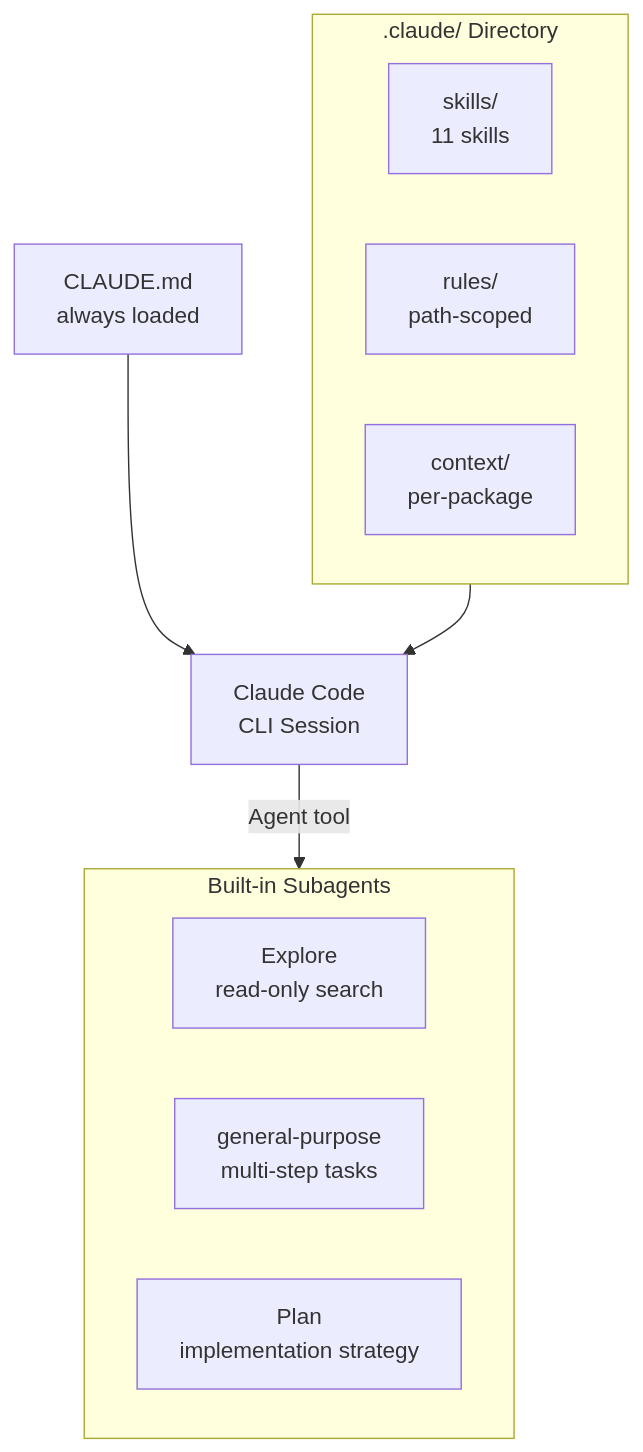
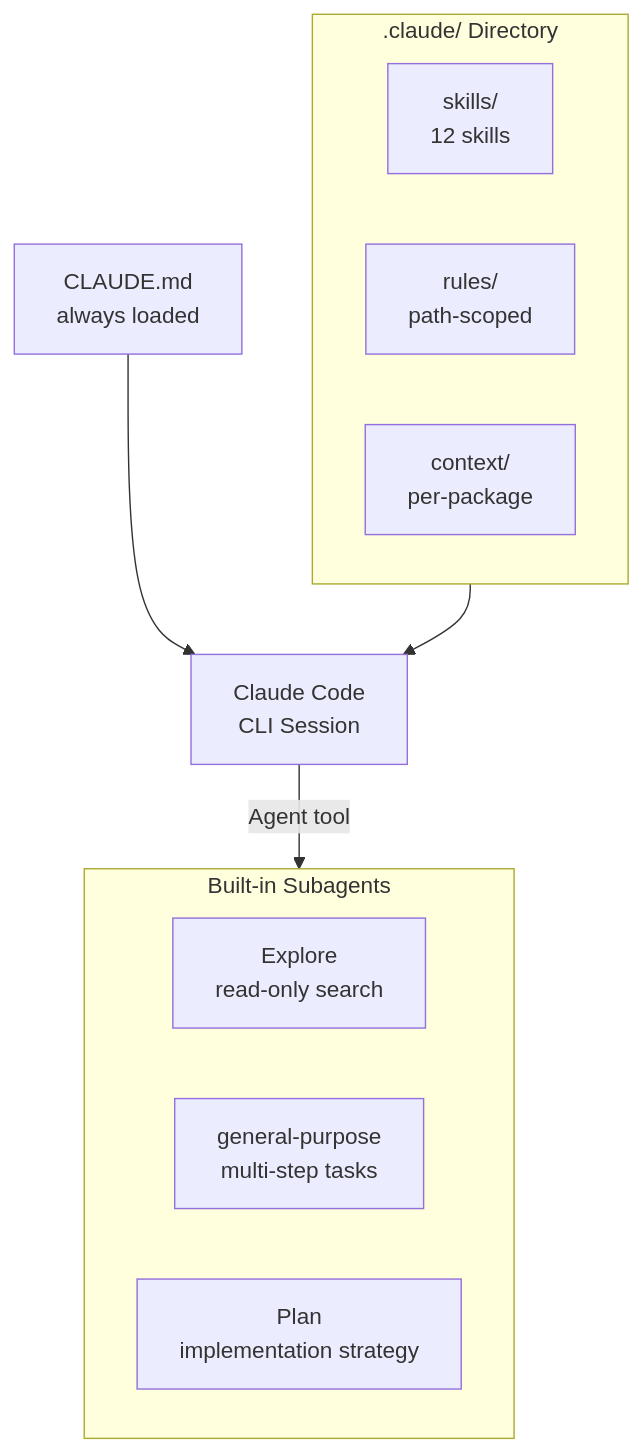
Before and after one commit to greenpill-dev-guild/green-goods: the diagram in docs/docs/builders/agentic/claude-code.mdx, drawn with Mermaid. The commit also changed other lines of this file and 21 other files, not shown here.

````diff
--- a/docs/docs/builders/agentic/claude-code.mdx
+++ b/docs/docs/builders/agentic/claude-code.mdx
@@ -21,19 +21,19 @@
 ```mermaid
 graph TB
     subgraph Config[".claude/ Directory"]
-        Skills["skills/\n11 skills"]
+        Skills["skills/\n12 skills"]
         Rules["rules/\npath-scoped"]
         Context["context/\nper-package"]
     end
 
     CLAUDE["CLAUDE.md\nalways loaded"] --> Session["Claude Code\nCLI Session"]
     Config --> Session
 
     subgraph Subagents["Built-in Subagents"]
         Explore["Explore\nread-only search"]
         General["general-purpose\nmulti-step tasks"]
         PlanAgent["Plan\nimplementation strategy"]
     end
 
     Session -->|Agent tool| Subagents
 ```
````
